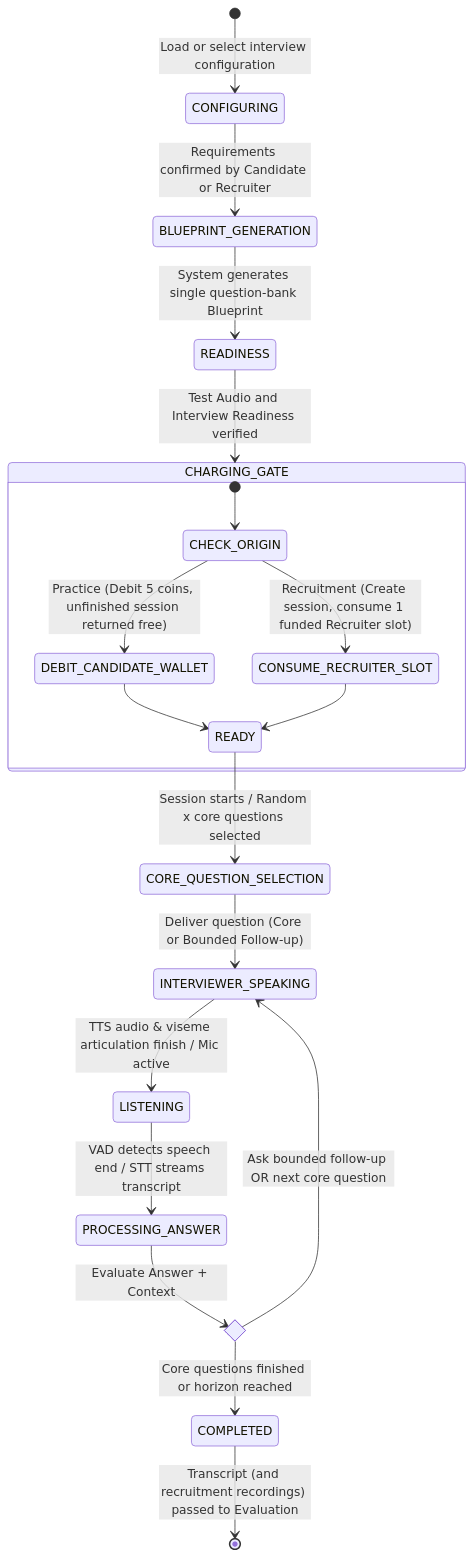
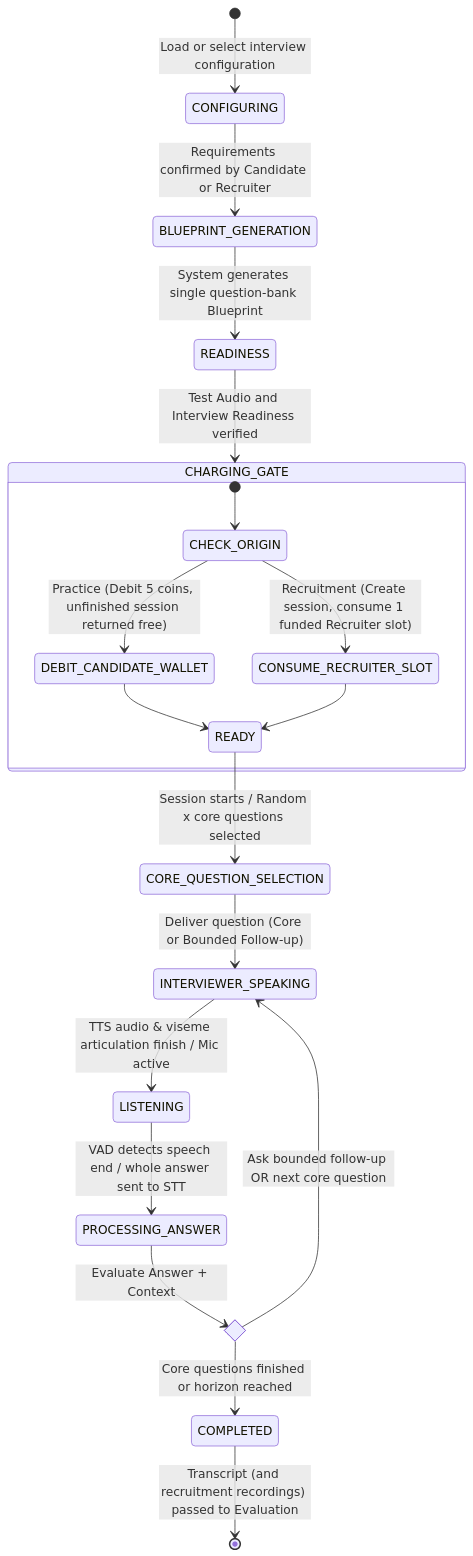
The diagram in 01_Domains/Interview/README.md (cog-forge/role-cue-brain), drawn with Mermaid before and after one commit. The commit also changed other lines of this file and 4 other files, not shown here.

````diff
--- a/01_Domains/Interview/README.md
+++ b/01_Domains/Interview/README.md
@@ -76,27 +85,27 @@
 ```mermaid
 stateDiagram-v2
     [*] --> CONFIGURING: Load or select interview configuration
     CONFIGURING --> BLUEPRINT_GENERATION: Requirements confirmed by Candidate or Recruiter
     BLUEPRINT_GENERATION --> READINESS: System generates single question-bank Blueprint
     READINESS --> CHARGING_GATE: Test Audio and Interview Readiness verified
 
     state CHARGING_GATE {
         [*] --> CHECK_ORIGIN
         CHECK_ORIGIN --> DEBIT_CANDIDATE_WALLET: Practice (Debit 5 coins, unfinished session returned free)
         CHECK_ORIGIN --> CONSUME_RECRUITER_SLOT: Recruitment (Create session, consume 1 funded Recruiter slot)
         DEBIT_CANDIDATE_WALLET --> READY
         CONSUME_RECRUITER_SLOT --> READY
     }
 
     READY --> CORE_QUESTION_SELECTION: Session starts / Random x core questions selected
     CORE_QUESTION_SELECTION --> INTERVIEWER_SPEAKING: Deliver question (Core or Bounded Follow-up)
     INTERVIEWER_SPEAKING --> LISTENING: TTS audio & viseme articulation finish / Mic active
-    LISTENING --> PROCESSING_ANSWER: VAD detects speech end / STT streams transcript
+    LISTENING --> PROCESSING_ANSWER: VAD detects speech end / whole answer sent to STT
 
     state QuestionLoopDecision <<choice>>
     PROCESSING_ANSWER --> QuestionLoopDecision: Evaluate Answer + Context
     QuestionLoopDecision --> INTERVIEWER_SPEAKING: Ask bounded follow-up OR next core question
     QuestionLoopDecision --> COMPLETED: Core questions finished or horizon reached
 
     COMPLETED --> [*]: Transcript (and recruitment recordings) passed to Evaluation
 ```
````
